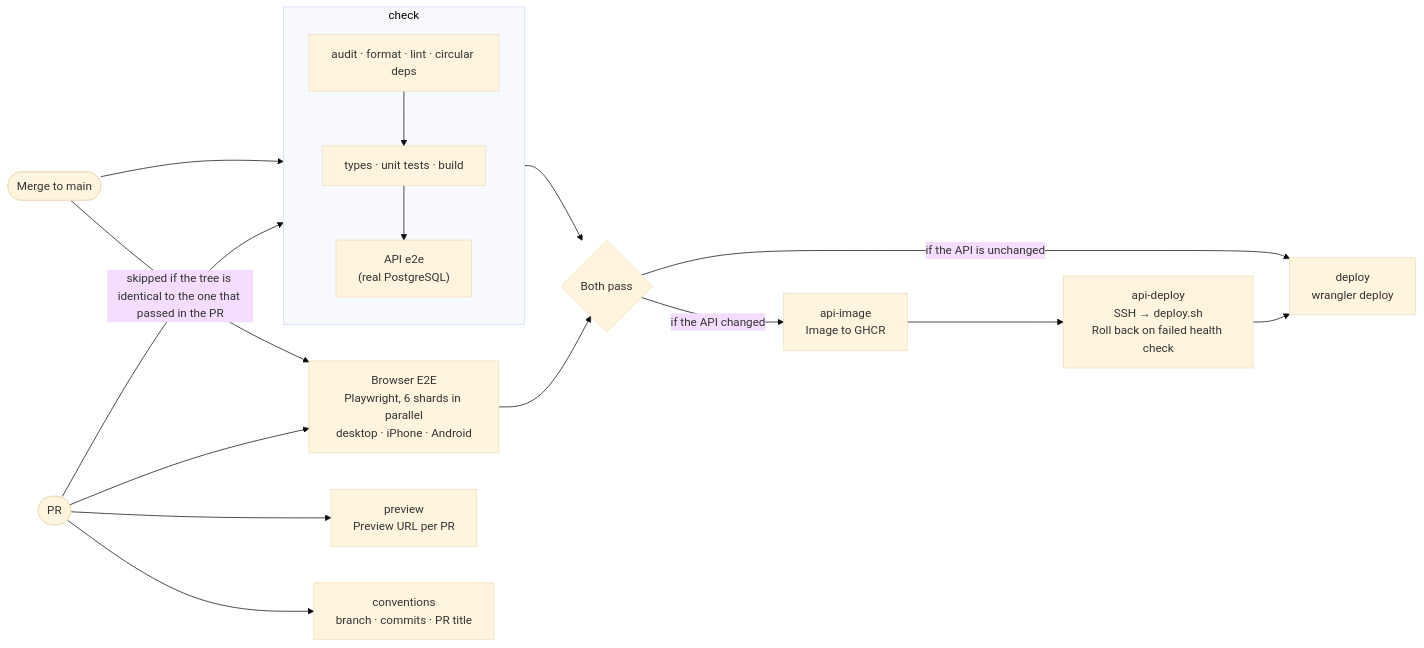
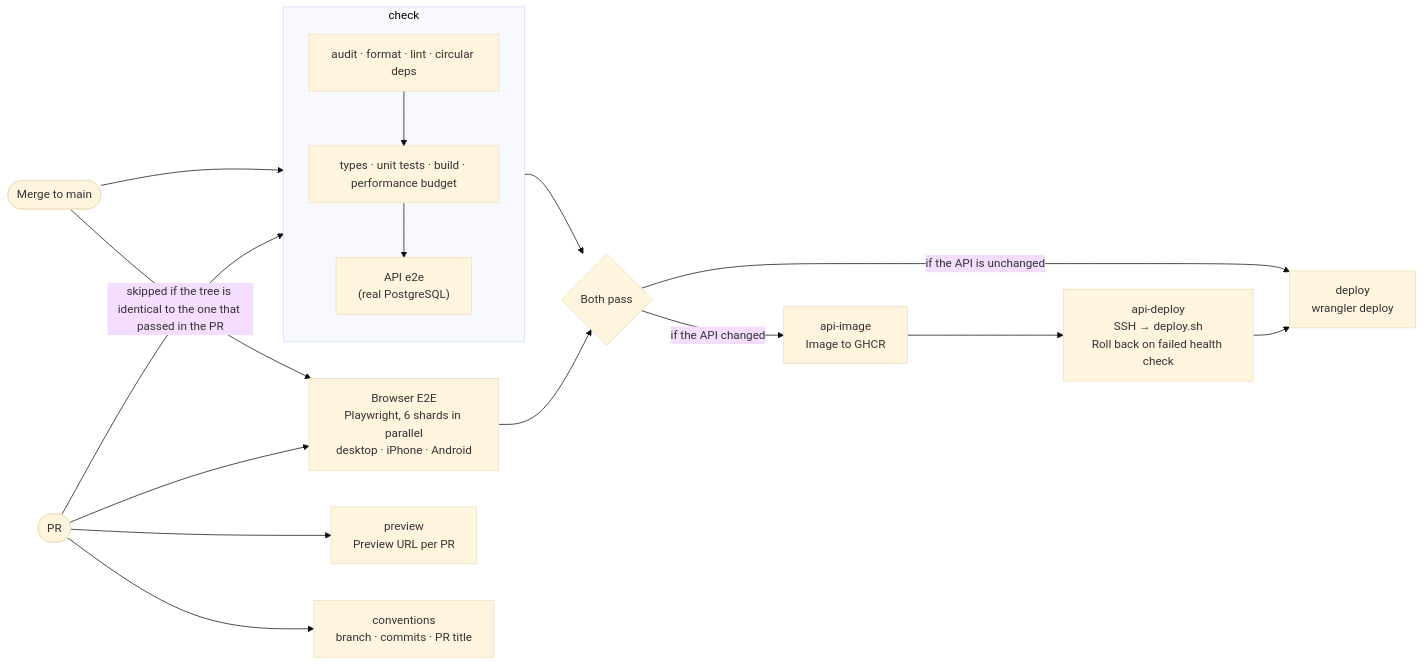
The fifth of 5 diagrams in README.en.md (hyeoniverse/MacFolio), drawn with Mermaid (base theme) before and after one commit. The commit also changed other lines of this file and 2 other files, not shown here.

````diff
--- a/README.en.md
+++ b/README.en.md
@@ -346,23 +369,23 @@
 ```mermaid
 flowchart LR
     pr(["PR"])
     push(["Merge to main"])
 
     subgraph check["check"]
         direction TB
-        c1["audit · format · lint · circular deps"] --> c2["types · unit tests · build"] --> c3["API e2e<br/>(real PostgreSQL)"]
+        c1["audit · format · lint · circular deps"] --> c2["types · unit tests · build · performance budget"] --> c3["API e2e<br/>(real PostgreSQL)"]
     end
     e2e["Browser E2E<br/>Playwright, 6 shards in parallel<br/>desktop · iPhone · Android"]
 
     pr --> check
     pr --> e2e
     pr --> preview["preview<br/>Preview URL per PR"]
     pr --> conventions["conventions<br/>branch · commits · PR title"]
     push --> check
     push -- "skipped if the tree is identical to the one that passed in the PR" --> e2e
 
     check --> gate{"Both pass"}
     e2e --> gate
     gate -- "if the API changed" --> apiimage["api-image<br/>Image to GHCR"] --> apideploy["api-deploy<br/>SSH → deploy.sh<br/>Roll back on failed health check"] --> deploy
     gate -- "if the API is unchanged" --> deploy["deploy<br/>wrangler deploy"]
 ```
````
